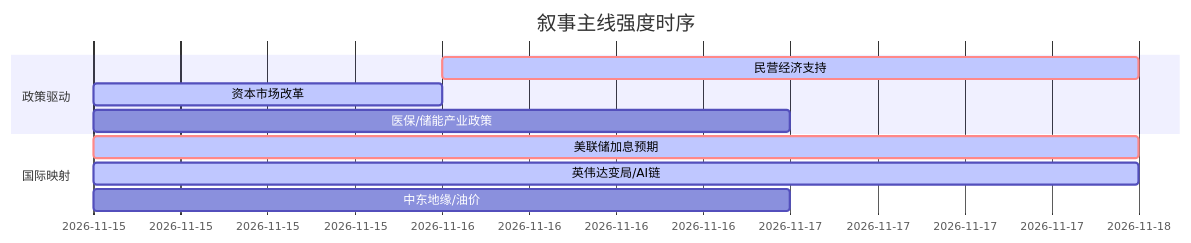
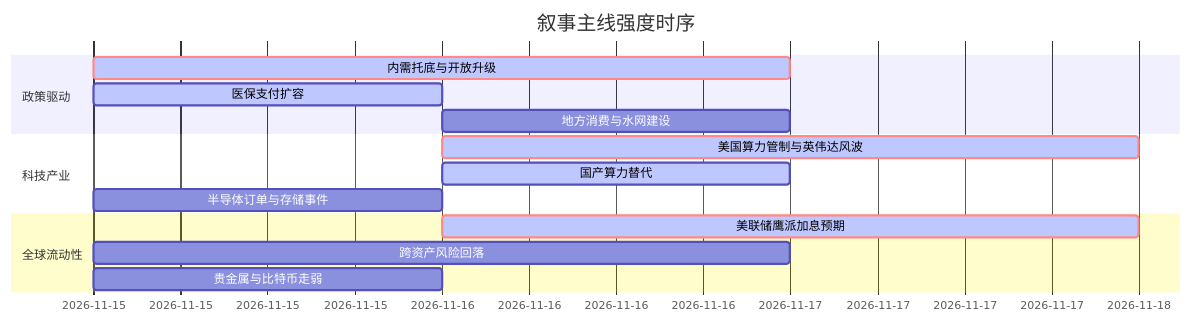
Before and after one commit to uu5zn/uu5zn.github.io: the diagram in 5day_report.md, drawn with Mermaid. The commit also changed other lines of this file and 23 other files, not shown here.

````diff
--- a/5day_report.md
+++ b/5day_report.md
@@ -56,14 +54,19 @@
 ```mermaid
 gantt
     title 叙事主线强度时序
     dateFormat  YYYY-MM-DD
     section 政策驱动
-    民营经济支持   :crit, active, 2026-11-16, 2d
-    资本市场改革   :active, 2026-11-15, 1d
-    医保/储能产业政策 :2026-11-15, 2d
+    内需托底与开放升级   :crit, active, 2026-11-15, 2d
+    医保支付扩容         :active, 2026-11-15, 1d
+    地方消费与水网建设   :2026-11-16, 1d
     
-    section 国际映射
-    美联储加息预期 :crit, active, 2026-11-15, 3d
-    英伟达变局/AI链 :active, 2026-11-15, 3d
-    中东地缘/油价 :2026-11-15, 2d
+    section 科技产业
+    美国算力管制与英伟达风波 :crit, active, 2026-11-16, 2d
+    国产算力替代         :active, 2026-11-16, 1d
+    半导体订单与存储事件 :2026-11-15, 1d
+
+    section 全球流动性
+    美联储鹰派加息预期   :crit, active, 2026-11-16, 2d
+    跨资产风险回落       :2026-11-15, 2d
+    贵金属与比特币走弱   :2026-11-15, 1d
 ```
````
